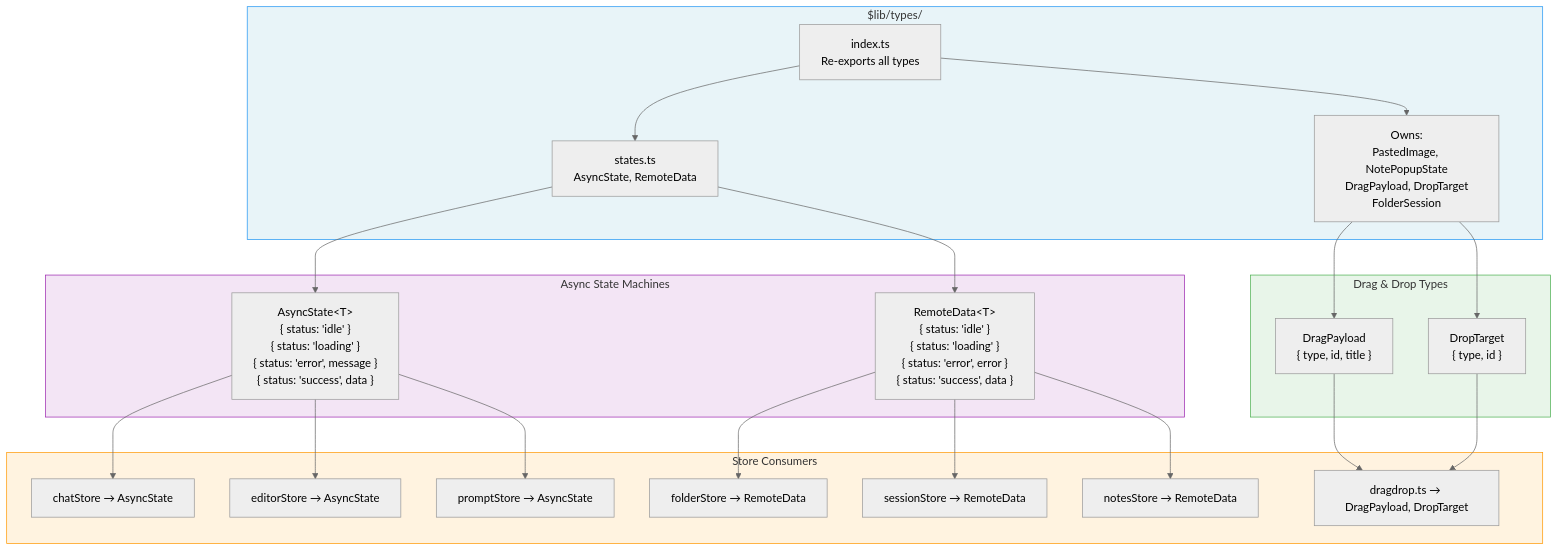
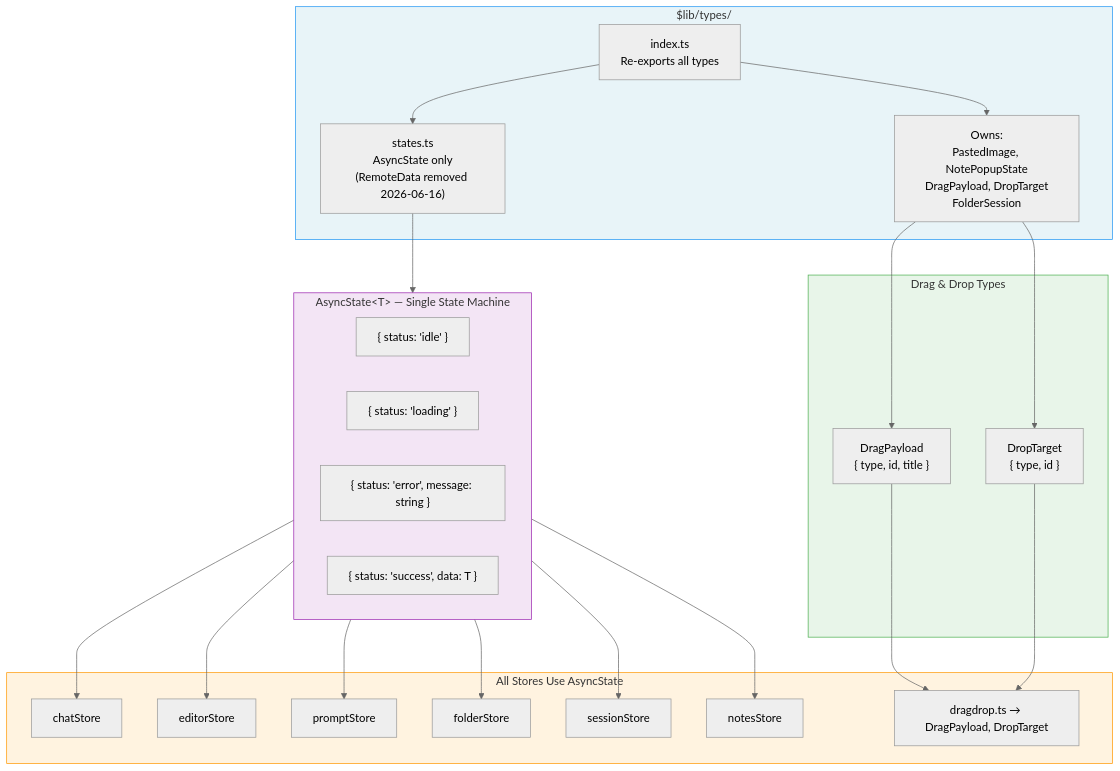
One commit to m1981/kuchnie changed diagram 12 of 12 in kitchen-agent/docs/specs/frontend-diagrams.md. Above: the diagram before and after it, drawn with Mermaid (neutral theme). The commit also changed other lines of this file and 1 other file, not shown here.

Commit message:
docs: mark Phase 1 complete in refactor plan and diagrams
- refactor-v2.md: Update Phase 1 section to show done status, update
  summary table with checkmarks and remaining hours
- frontend-diagrams.md: Update Diagram 11 to show single AsyncState type,
  remove RemoteData references, add historical note

````diff
--- a/kitchen-agent/docs/specs/frontend-diagrams.md
+++ b/kitchen-agent/docs/specs/frontend-diagrams.md
@@ -561,49 +561,50 @@
 ```mermaid
 graph TB
     subgraph Types["$lib/types/"]
         Index["index.ts<br/>Re-exports all types"]
-        States["states.ts<br/>AsyncState, RemoteData"]
+        States["states.ts<br/>AsyncState only<br/>(RemoteData removed 2026-06-16)"]
         TypesOwn["Owns:<br/>PastedImage, NotePopupState<br/>DragPayload, DropTarget<br/>FolderSession"]
     end
 
-    subgraph AsyncTypes["Async State Machines"]
-        AsyncState["AsyncState&lt;T&gt;<br/>{ status: 'idle' }<br/>{ status: 'loading' }<br/>{ status: 'error', message }<br/>{ status: 'success', data }"]
-        RemoteData["RemoteData&lt;T&gt;<br/>{ status: 'idle' }<br/>{ status: 'loading' }<br/>{ status: 'error', error }<br/>{ status: 'success', data }"]
+    subgraph AsyncState["AsyncState&lt;T&gt; — Single State Machine"]
+        Idle["{ status: 'idle' }"]
+        Loading["{ status: 'loading' }"]
+        Error["{ status: 'error', message: string }"]
+        Success["{ status: 'success', data: T }"]
     end
 
     subgraph DragTypes["Drag & Drop Types"]
         DragPayload["DragPayload<br/>{ type, id, title }"]
         DropTarget["DropTarget<br/>{ type, id }"]
     end
 
-    subgraph Consumers["Store Consumers"]
-        ChatStore["chatStore → AsyncState"]
-        EditorStore["editorStore → AsyncState"]
-        PromptStore["promptStore → AsyncState"]
-        FolderStore["folderStore → RemoteData"]
-        SessionStore["sessionStore → RemoteData"]
-        NotesStore["notesStore → RemoteData"]
+    subgraph Consumers["All Stores Use AsyncState"]
+        ChatStore["chatStore"]
+        EditorStore["editorStore"]
+        PromptStore["promptStore"]
+        FolderStore["folderStore"]
+        SessionStore["sessionStore"]
+        NotesStore["notesStore"]
         DragActions["dragdrop.ts → DragPayload, DropTarget"]
     end
 
     Index --> States
     Index --> TypesOwn
     States --> AsyncState
-    States --> RemoteData
     TypesOwn --> DragPayload
     TypesOwn --> DropTarget
 
     AsyncState --> ChatStore
     AsyncState --> EditorStore
     AsyncState --> PromptStore
-    RemoteData --> FolderStore
-    RemoteData --> SessionStore
-    RemoteData --> NotesStore
+    AsyncState --> FolderStore
+    AsyncState --> SessionStore
+    AsyncState --> NotesStore
     DragPayload --> DragActions
     DropTarget --> DragActions
 
     style Types fill:#e8f4f8,stroke:#2196F3
-    style AsyncTypes fill:#f3e5f5,stroke:#9C27B0
+    style AsyncState fill:#f3e5f5,stroke:#9C27B0
     style DragTypes fill:#e8f5e9,stroke:#4CAF50
     style Consumers fill:#fff3e0,stroke:#FF9800
 ```
````
